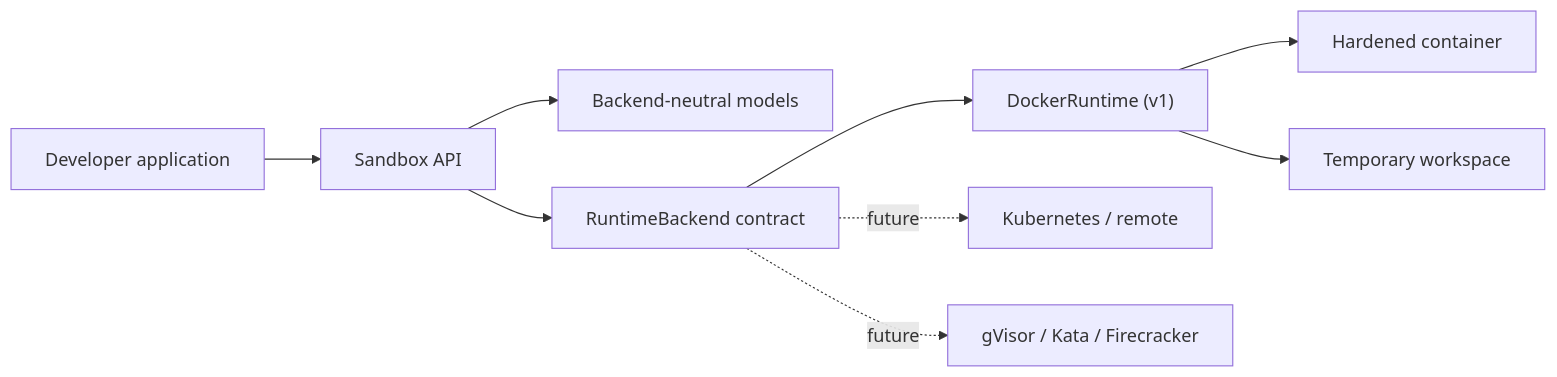
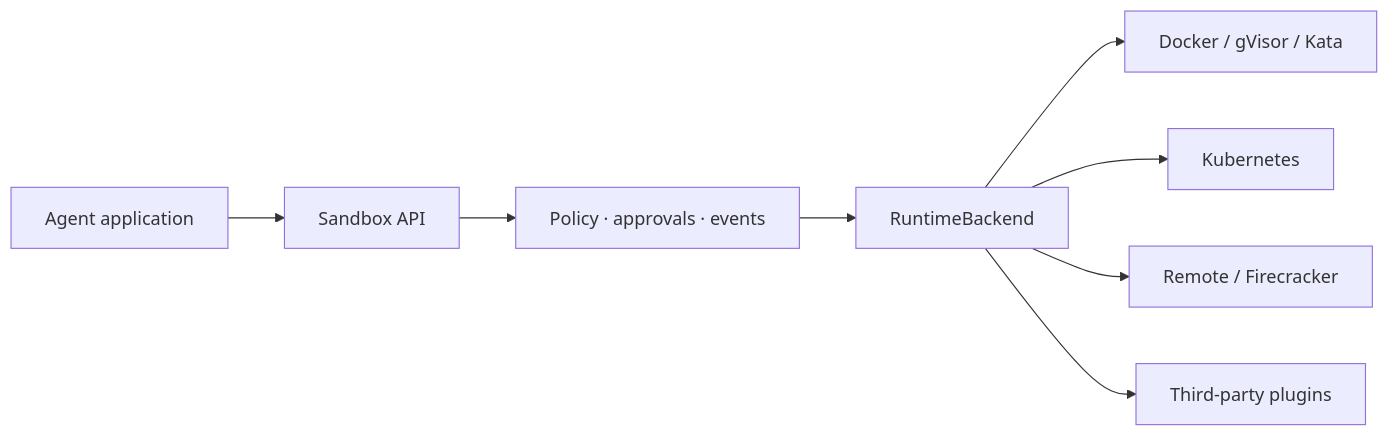
Before and after one commit to mihirahuja1/agentnestOSS: the diagram in README.md, drawn with Mermaid. The commit also changed other lines of this file and 59 other files, not shown here.

Commit message:
Add AgentNest runtime ecosystem and documentation

````diff
--- a/README.md
+++ b/README.md
@@ -102,11 +87,10 @@
 ```mermaid
 flowchart LR
-    App["Developer application"] --> API["Sandbox API"]
-    API --> Models["Backend-neutral models"]
-    API --> Contract["RuntimeBackend contract"]
-    Contract --> Docker["DockerRuntime (v1)"]
-    Docker --> Container["Hardened container"]
-    Docker --> Workspace["Temporary workspace"]
-    Contract -. future .-> K8s["Kubernetes / remote"]
-    Contract -. future .-> VM["gVisor / Kata / Firecracker"]
+    App["Agent application"] --> API["Sandbox API"]
+    API --> Guard["Policy · approvals · events"]
+    Guard --> Contract["RuntimeBackend"]
+    Contract --> Docker["Docker / gVisor / Kata"]
+    Contract --> K8s["Kubernetes"]
+    Contract --> Remote["Remote / Firecracker"]
+    Contract --> Plugins["Third-party plugins"]
 ```
````
